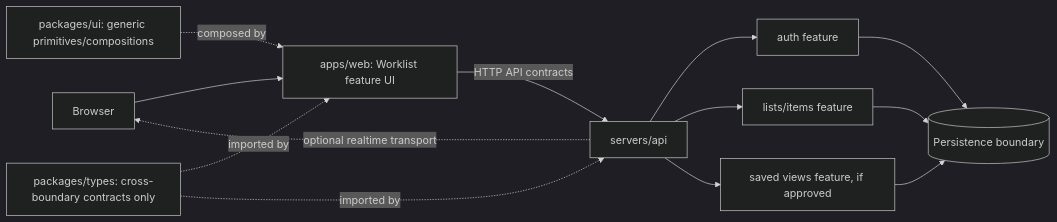
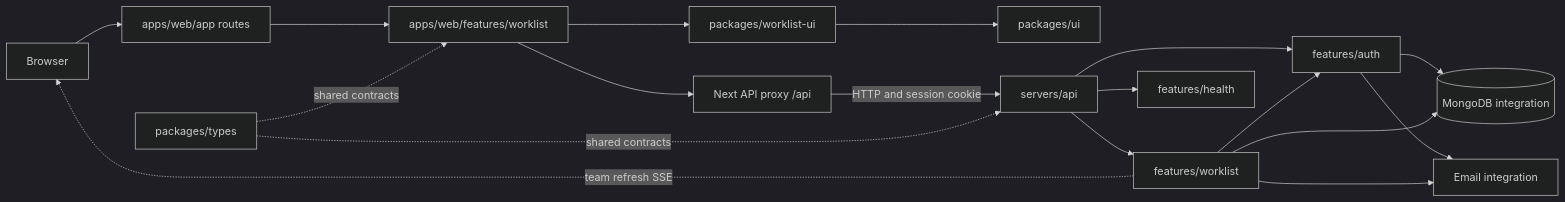
The diagram in .project/worklist/architecture/03-architecture-overview.md (Basit46I/worklist), drawn with Mermaid (dark theme) before and after one commit. The commit also changed other lines of this file and 60 other files, not shown here.

````diff
--- a/.project/worklist/architecture/03-architecture-overview.md
+++ b/.project/worklist/architecture/03-architecture-overview.md
@@ -28,15 +29,20 @@
 ```mermaid
 flowchart LR
-  Browser[Browser] --> Web[apps/web: Worklist feature UI]
-  Web -->|HTTP API contracts| API[servers/api]
-  API --> Auth[auth feature]
-  API --> Lists[lists/items feature]
-  API --> Views[saved views feature, if approved]
-  Auth --> Store[(Persistence boundary)]
-  Lists --> Store
-  Views --> Store
-  API -. optional realtime transport .-> Browser
-  UI[packages/ui: generic primitives/compositions] -. composed by .-> Web
-  Types[packages/types: cross-boundary contracts only] -. imported by .-> Web
-  Types -. imported by .-> API
+  Browser[Browser] --> Routes[apps/web/app routes]
+  Routes --> Feature[apps/web/features/worklist]
+  Feature --> WLUI[packages/worklist-ui]
+  WLUI --> UI[packages/ui]
+  Feature --> Proxy[Next API proxy /api]
+  Proxy -->|HTTP and session cookie| API[servers/api]
+  API --> Auth[features/auth]
+  API --> Worklist[features/worklist]
+  API --> Health[features/health]
+  Worklist --> Auth
+  Auth --> Mongo[(MongoDB integration)]
+  Worklist --> Mongo
+  Auth --> Email[Email integration]
+  Worklist --> Email
+  Worklist -. team refresh SSE .-> Browser
+  Contracts[packages/types] -. shared contracts .-> Feature
+  Contracts -. shared contracts .-> API
 ```
````
